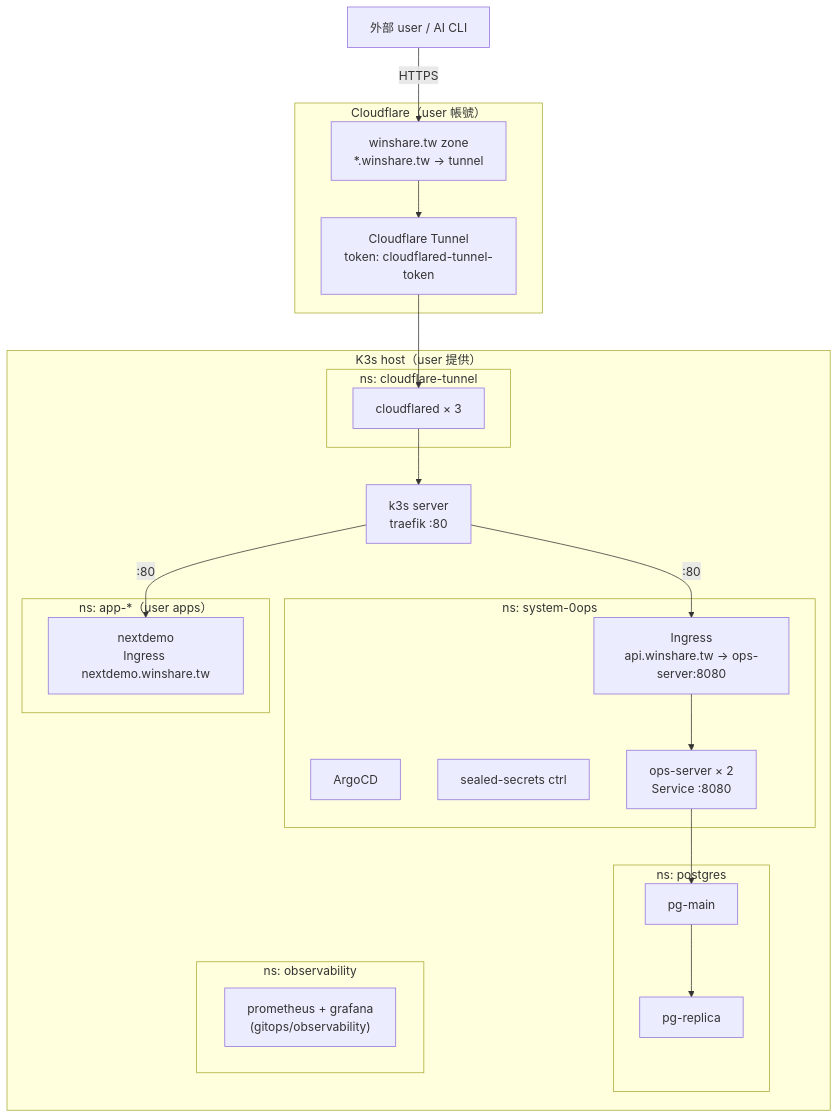
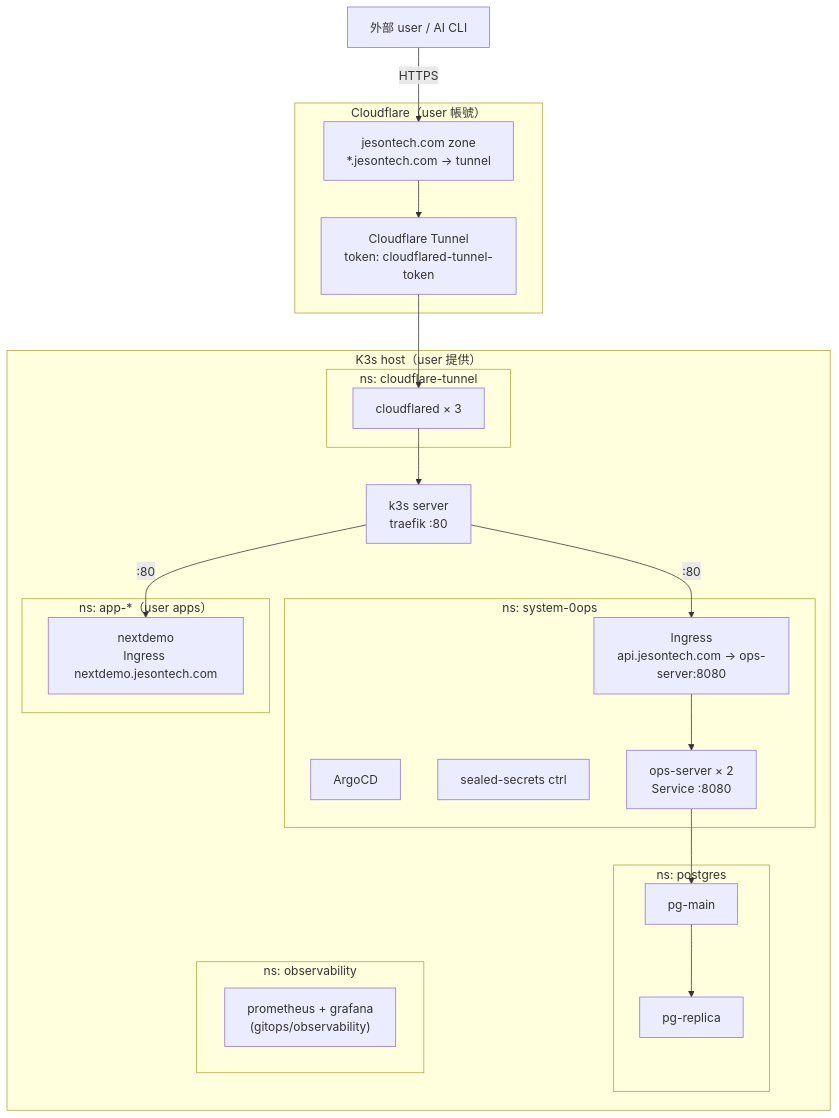
The first of 2 diagrams in docs/features/production-deployment/spec.md (wusung/0ops), drawn with Mermaid before and after one commit. The commit also changed other lines of this file and 59 other files, not shown here.

First line of the commit message:
feat(domain): parameterize base domain via OPS_DOMAIN_BASE; switch to jesontech.com (#122)

````diff
--- a/docs/features/production-deployment/spec.md
+++ b/docs/features/production-deployment/spec.md
@@ -50,38 +50,38 @@
 ```mermaid
 flowchart TB
   subgraph CF["Cloudflare（user 帳號）"]
-    Zone["winshare.tw zone<br/>*.winshare.tw → tunnel"]
+    Zone["jesontech.com zone<br/>*.jesontech.com → tunnel"]
     Tun["Cloudflare Tunnel<br/>token: cloudflared-tunnel-token"]
   end
 
   subgraph Host["K3s host（user 提供）"]
     K3s["k3s server<br/>traefik :80"]
     subgraph CT["ns: cloudflare-tunnel"]
       Cfd["cloudflared × 3"]
     end
     subgraph SO["ns: system-0ops"]
       ArgoCD
       SS["sealed-secrets ctrl"]
       OpsSrv["ops-server × 2<br/>Service :8080"]
-      OpsIng["Ingress<br/>api.winshare.tw → ops-server:8080"]
+      OpsIng["Ingress<br/>api.jesontech.com → ops-server:8080"]
     end
     subgraph PG["ns: postgres"]
       PGMain["pg-main"]
       PGRep["pg-replica"]
     end
     subgraph Obs["ns: observability"]
       Prom["prometheus + grafana<br/>(gitops/observability)"]
     end
     subgraph Apps["ns: app-*（user apps）"]
-      App["nextdemo<br/>Ingress nextdemo.winshare.tw"]
+      App["nextdemo<br/>Ingress nextdemo.jesontech.com"]
     end
   end
 
   User["外部 user / AI CLI"] -- "HTTPS" --> Zone
   Zone --> Tun --> Cfd --> K3s
   K3s -- ":80" --> OpsIng
   K3s -- ":80" --> App
   OpsIng --> OpsSrv
   OpsSrv --> PGMain
   PGMain --> PGRep
 ```
````
